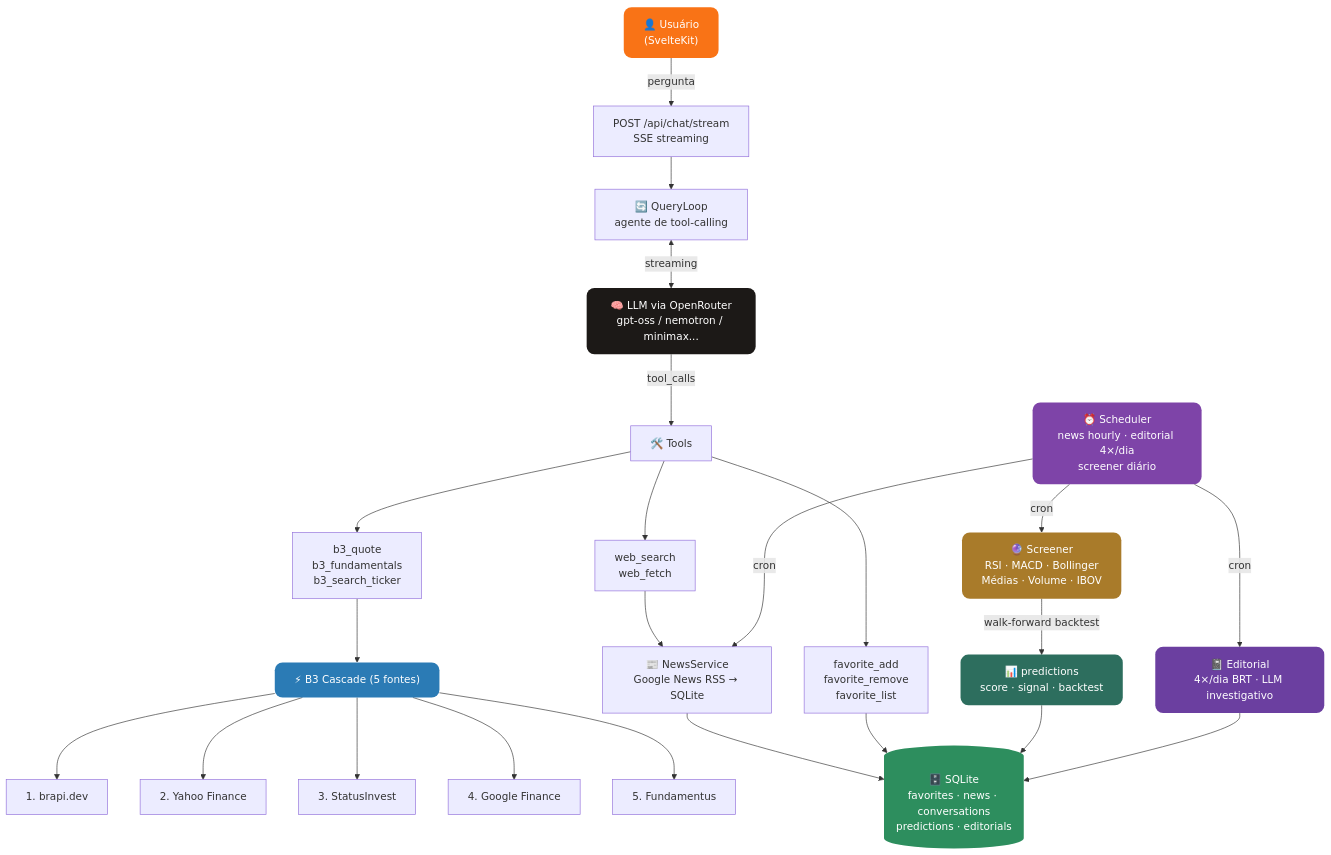
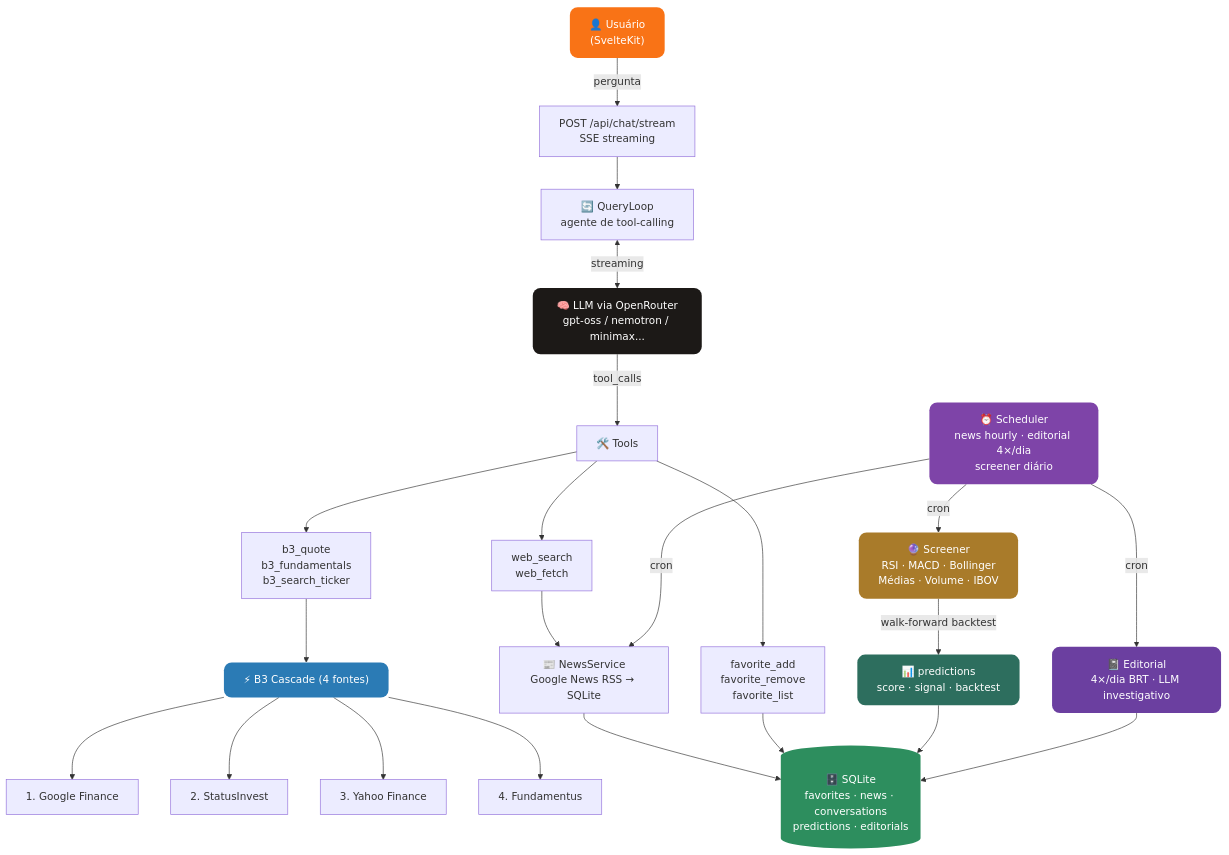
One commit to JohnPitter/genie changed the diagram in README.md. Above: the diagram before and after it, drawn with Mermaid. The commit also changed other lines of this file and 17 other files, not shown here.

````diff
--- a/README.md
+++ b/README.md
@@ -65,50 +65,49 @@
 ```mermaid
 graph TD
     USER["👤 Usuário\n(SvelteKit)"]
     CHAT["POST /api/chat/stream\nSSE streaming"]
     LOOP["🔄 QueryLoop\nagente de tool-calling"]
     LLM["🧠 LLM via OpenRouter\ngpt-oss / nemotron / minimax..."]
 
     TOOLS["🛠️ Tools"]
     QUOTE["b3_quote\nb3_fundamentals\nb3_search_ticker"]
     WEB["web_search\nweb_fetch"]
     FAVTOOLS["favorite_add\nfavorite_remove\nfavorite_list"]
 
-    CASCADE["⚡ B3 Cascade (5 fontes)"]
-    BRAPI["1. brapi.dev"]
-    YFINANCE["2. Yahoo Finance"]
-    STATUS["3. StatusInvest"]
-    GOOGLE["4. Google Finance"]
-    FUND["5. Fundamentus"]
+    CASCADE["⚡ B3 Cascade (4 fontes)"]
+    GOOGLE["1. Google Finance"]
+    STATUS["2. StatusInvest"]
+    YFINANCE["3. Yahoo Finance"]
+    FUND["4. Fundamentus"]
 
     NEWS["📰 NewsService\nGoogle News RSS → SQLite"]
     SCREENER["🔮 Screener\nRSI · MACD · Bollinger\nMédias · Volume · IBOV"]
     PRED["📊 predictions\nscore · signal · backtest"]
     EDITORIAL["📓 Editorial\n4×/dia BRT · LLM investigativo"]
     DB[("🗄️ SQLite\nfavorites · news · conversations\npredictions · editorials")]
     SCHED["⏰ Scheduler\nnews hourly · editorial 4×/dia\nscreener diário"]
 
     USER -->|pergunta| CHAT
     CHAT --> LOOP
     LOOP <-->|streaming| LLM
     LLM -->|tool_calls| TOOLS
     TOOLS --> QUOTE & WEB & FAVTOOLS
     QUOTE --> CASCADE
-    CASCADE --> BRAPI & YFINANCE & STATUS & GOOGLE & FUND
+    CASCADE --> GOOGLE & STATUS & YFINANCE & FUND
     WEB --> NEWS
     NEWS --> DB
     FAVTOOLS --> DB
     SCHED -->|cron| NEWS & SCREENER & EDITORIAL
     SCREENER -->|walk-forward backtest| PRED
     PRED --> DB
     EDITORIAL --> DB
 
     style USER fill:#F97316,color:#fff,stroke:none,rx:12
     style LLM fill:#1C1917,color:#fff,stroke:none,rx:12
     style CASCADE fill:#2B7BB5,color:#fff,stroke:none,rx:12
     style DB fill:#2D8E5E,color:#fff,stroke:none,rx:12
     style SCHED fill:#7E44A8,color:#fff,stroke:none,rx:12
     style SCREENER fill:#A97B2A,color:#fff,stroke:none,rx:12
     style PRED fill:#2D6E5E,color:#fff,stroke:none,rx:12
     style EDITORIAL fill:#6B3FA0,color:#fff,stroke:none,rx:12
 ```
````
